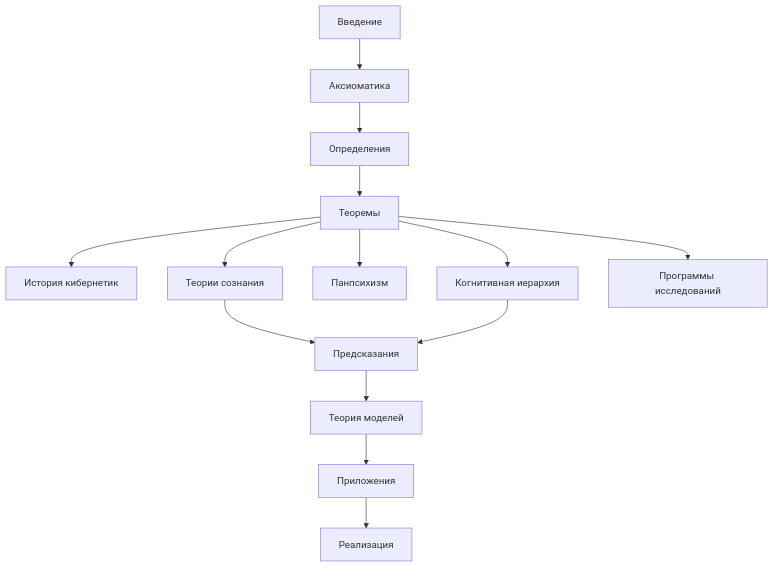
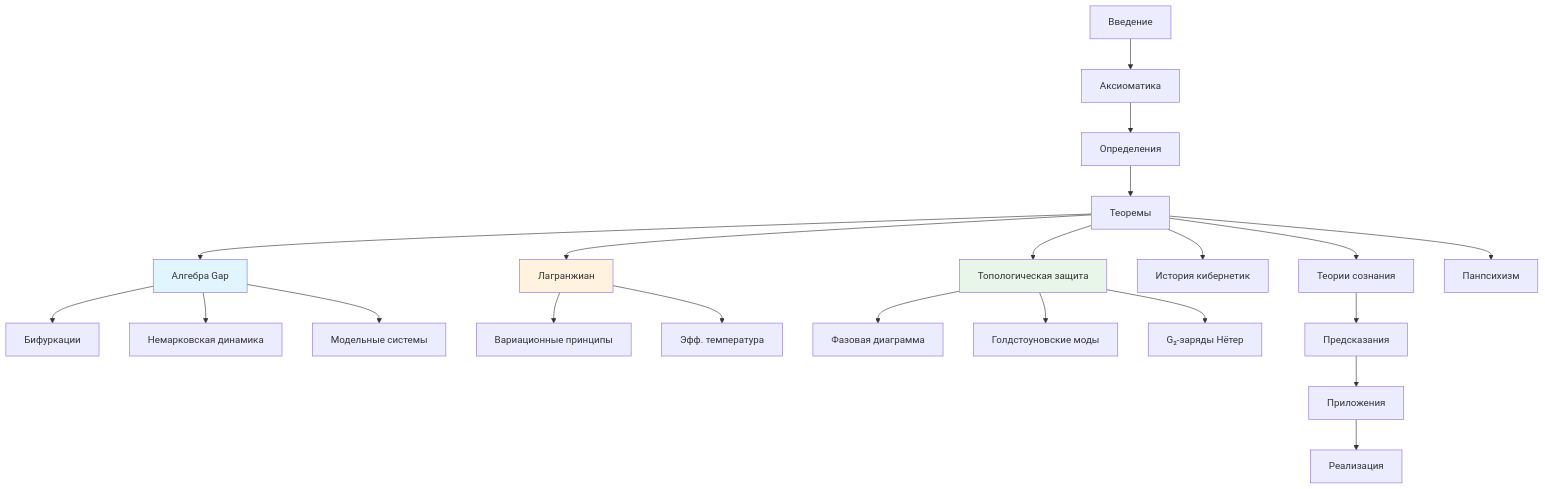
Before and after one commit to uhm-theory/holon: the diagram in website/docs/applied/coherence-cybernetics/introduction.md, drawn with Mermaid. The commit also changed other lines of this file and 175 other files, not shown here.

````diff
--- a/website/docs/applied/coherence-cybernetics/introduction.md
+++ b/website/docs/applied/coherence-cybernetics/introduction.md
@@ -135,18 +135,32 @@
 ```mermaid
 graph TD
     INTRO[Введение] --> AX[Аксиоматика]
     AX --> DEF[Определения]
     DEF --> TH[Теоремы]
 
+    TH --> GAP["Алгебра Gap"]
+    GAP --> BIF[Бифуркации]
+    GAP --> NM[Немарковская динамика]
+    GAP --> MS[Модельные системы]
+
+    TH --> LAG[Лагранжиан]
+    LAG --> VAR[Вариационные принципы]
+    LAG --> TEMP[Эфф. температура]
+
+    TH --> TOP[Топологическая защита]
+    TOP --> PD[Фазовая диаграмма]
+    TOP --> GOLD[Голдстоуновские моды]
+    TOP --> G2N[G₂-заряды Нётер]
+
     TH --> HIST[История кибернетик]
     TH --> CONS[Теории сознания]
     TH --> PAN[Панпсихизм]
-    TH --> COG[Когнитивная иерархия]
-    TH --> RES[Программы исследований]
 
     CONS --> PRED[Предсказания]
-    COG --> PRED
-    PRED --> MT[Теория моделей]
-    MT --> APP[Приложения]
+    PRED --> APP[Приложения]
     APP --> IMPL[Реализация]
+
+    style GAP fill:#e1f5fe
+    style LAG fill:#fff3e0
+    style TOP fill:#e8f5e9
 ```
````
